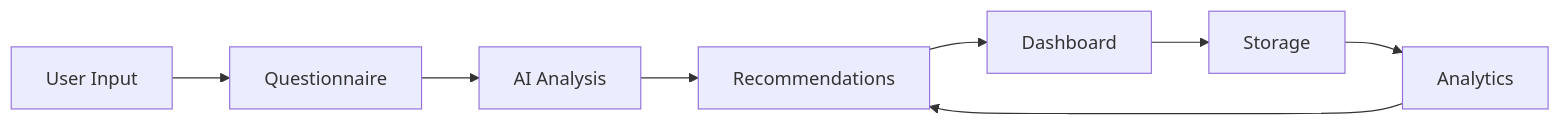
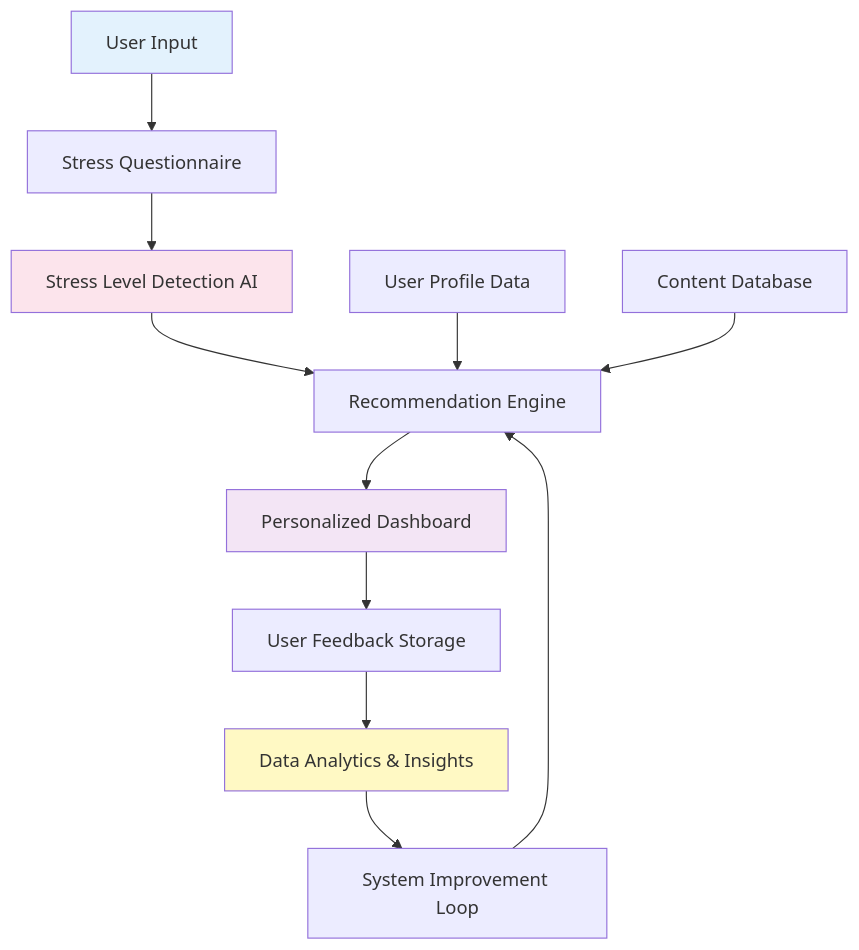
One commit to Hardik-369/AI-Stree-Reducer-Document changed the second of 5 diagrams in AI_Stress_Reducer_Report_Compact_Final.md. Above: the diagram before and after it, drawn with Mermaid. The commit also changed other lines of this file, not shown here.

````diff
--- a/AI_Stress_Reducer_Report_Compact_Final.md
+++ b/AI_Stress_Reducer_Report_Compact_Final.md
@@ -105,10 +112,19 @@
 ```mermaid
-flowchart LR
-    A[User Input] --> B[Questionnaire]
-    B --> C[AI Analysis]
-    C --> D[Recommendations]
-    D --> E[Dashboard]
-    E --> F[Storage]
-    F --> G[Analytics]
-    G --> D
+flowchart TD
+    A[User Input] --> B[Stress Questionnaire]
+    B --> C[Stress Level Detection AI]
+    C --> D[Recommendation Engine]
+    D --> E[Personalized Dashboard]
+    E --> F[User Feedback Storage]
+    F --> G[Data Analytics & Insights]
+    G --> H[System Improvement Loop]
+    H --> D
+    
+    I[User Profile Data] --> D
+    J[Content Database] --> D
+    
+    style A fill:#e3f2fd
+    style C fill:#fce4ec
+    style E fill:#f3e5f5
+    style G fill:#fff9c4
 ```
````
